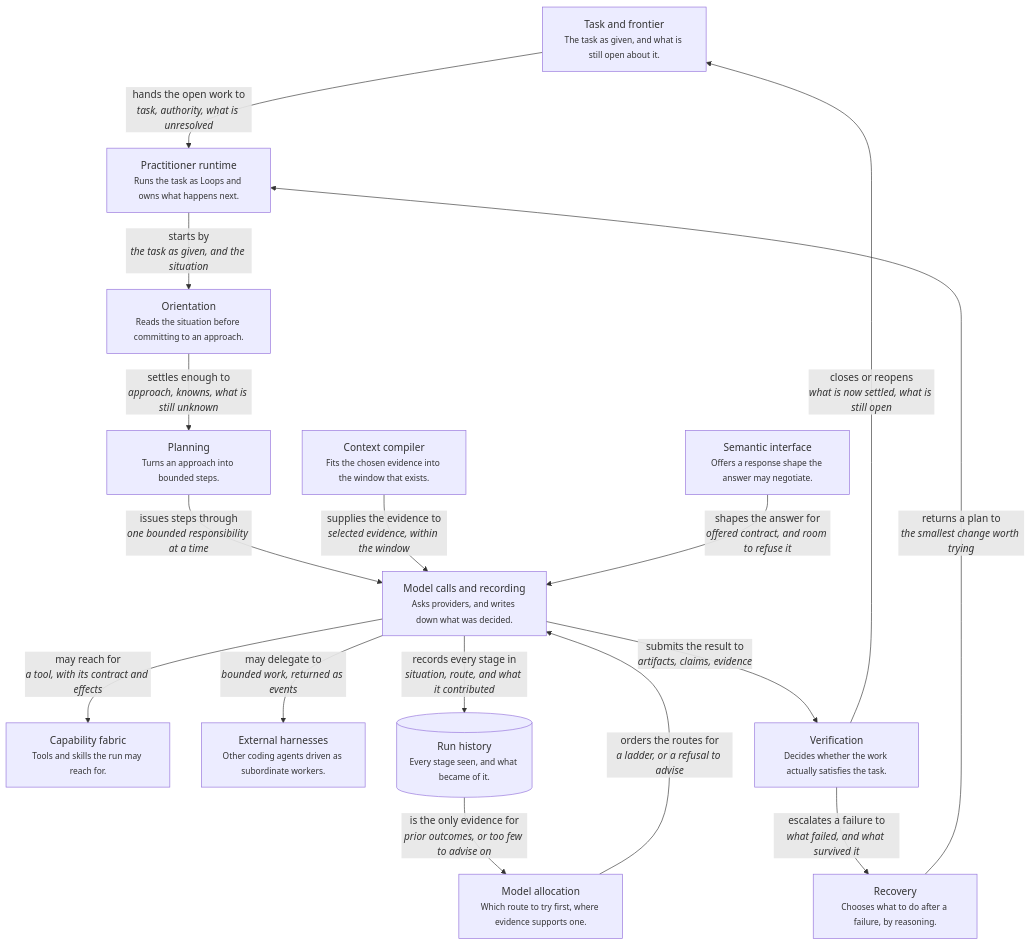
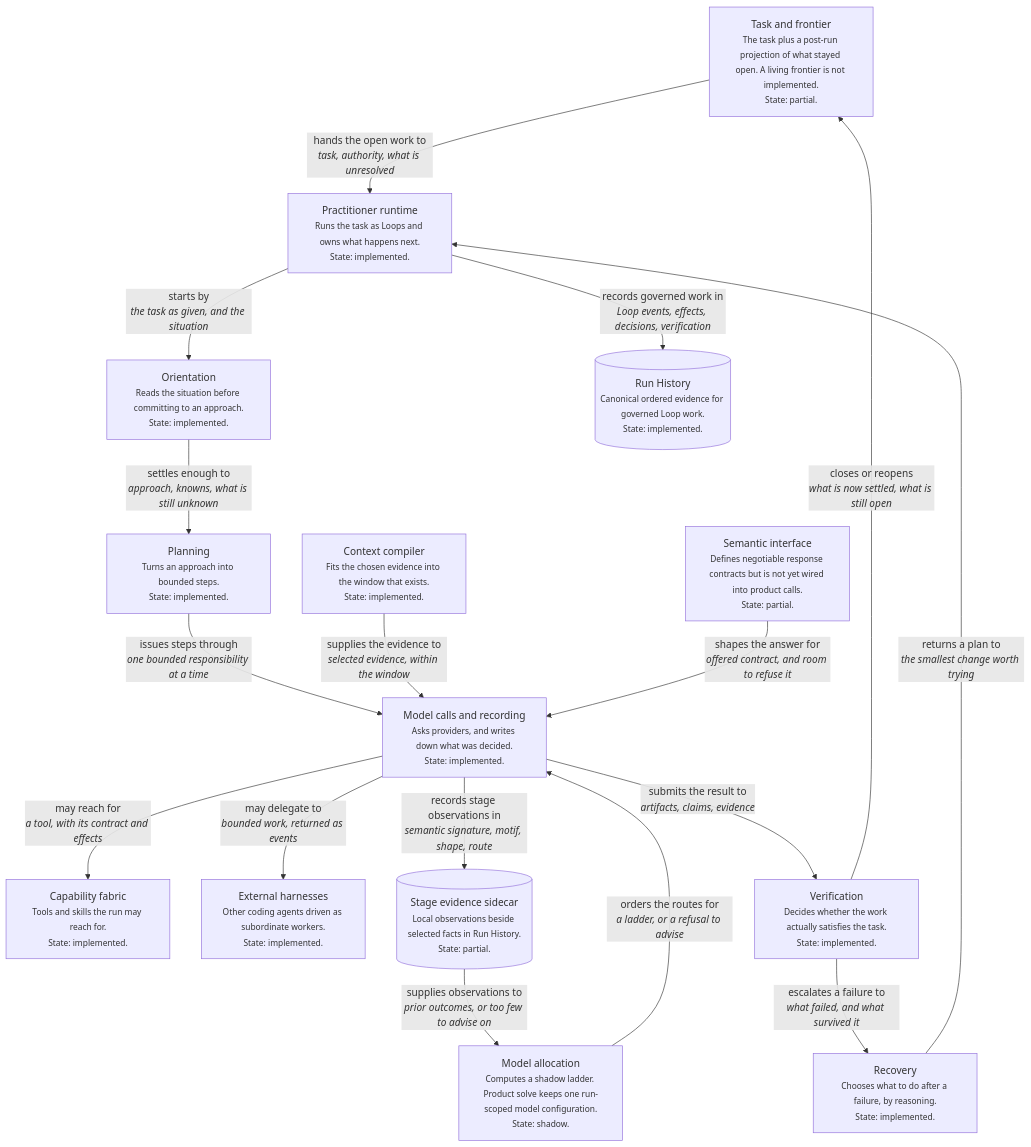
The second of 7 diagrams in docs/ARCHITECTURE-DIAGRAMS.md (alisonjieli-png/loop-engine), drawn with Mermaid before and after one commit. The commit also changed other lines of this file and 411 other files, not shown here.

````diff
--- a/docs/ARCHITECTURE-DIAGRAMS.md
+++ b/docs/ARCHITECTURE-DIAGRAMS.md
@@ -41,36 +104,38 @@
 ```mermaid
-%% What a task passes through — container level
+%% What a task passes through: container level
 %% Generated from the typed model; do not edit by hand.
 flowchart TD
-    frontier["Task and frontier<br/><small>The task as given, and what is still open about it.</small>"]
-    practitioner["Practitioner runtime<br/><small>Runs the task as Loops and owns what happens next.</small>"]
-    orientation["Orientation<br/><small>Reads the situation before committing to an approach.</small>"]
-    planning["Planning<br/><small>Turns an approach into bounded steps.</small>"]
-    context["Context compiler<br/><small>Fits the chosen evidence into the window that exists.</small>"]
-    interface["Semantic interface<br/><small>Offers a response shape the answer may negotiate.</small>"]
-    calls["Model calls and recording<br/><small>Asks providers, and writes down what was decided.</small>"]
-    allocation["Model allocation<br/><small>Which route to try first, where evidence supports one.</small>"]
-    capabilities["Capability fabric<br/><small>Tools and skills the run may reach for.</small>"]
-    harness["External harnesses<br/><small>Other coding agents driven as subordinate workers.</small>"]
-    verification["Verification<br/><small>Decides whether the work actually satisfies the task.</small>"]
-    recovery["Recovery<br/><small>Chooses what to do after a failure, by reasoning.</small>"]
-    history[("Run history<br/><small>Every stage seen, and what became of it.</small>")]
+    frontier["Task and frontier<br/><small>The task plus a post-run projection of what stayed open. A living frontier is not implemented.</small><br/><small>State: partial.</small>"]
+    practitioner["Practitioner runtime<br/><small>Runs the task as Loops and owns what happens next.</small><br/><small>State: implemented.</small>"]
+    orientation["Orientation<br/><small>Reads the situation before committing to an approach.</small><br/><small>State: implemented.</small>"]
+    planning["Planning<br/><small>Turns an approach into bounded steps.</small><br/><small>State: implemented.</small>"]
+    context["Context compiler<br/><small>Fits the chosen evidence into the window that exists.</small><br/><small>State: implemented.</small>"]
+    interface["Semantic interface<br/><small>Defines negotiable response contracts but is not yet wired into product calls.</small><br/><small>State: partial.</small>"]
+    calls["Model calls and recording<br/><small>Asks providers, and writes down what was decided.</small><br/><small>State: implemented.</small>"]
+    allocation["Model allocation<br/><small>Computes a shadow ladder. Product solve keeps one run-scoped model configuration.</small><br/><small>State: shadow.</small>"]
+    capabilities["Capability fabric<br/><small>Tools and skills the run may reach for.</small><br/><small>State: implemented.</small>"]
+    harness["External harnesses<br/><small>Other coding agents driven as subordinate workers.</small><br/><small>State: implemented.</small>"]
+    verification["Verification<br/><small>Decides whether the work actually satisfies the task.</small><br/><small>State: implemented.</small>"]
+    recovery["Recovery<br/><small>Chooses what to do after a failure, by reasoning.</small><br/><small>State: implemented.</small>"]
+    stage_evidence[("Stage evidence sidecar<br/><small>Local observations beside selected facts in Run History.</small><br/><small>State: partial.</small>")]
+    history[("Run History<br/><small>Canonical ordered evidence for governed Loop work.</small><br/><small>State: implemented.</small>")]
 
     frontier -->|"hands the open work to<br/><i>task, authority, what is unresolved</i>"| practitioner
     practitioner -->|"starts by<br/><i>the task as given, and the situation</i>"| orientation
     orientation -->|"settles enough to<br/><i>approach, knowns, what is still unknown</i>"| planning
     planning -->|"issues steps through<br/><i>one bounded responsibility at a time</i>"| calls
     context -->|"supplies the evidence to<br/><i>selected evidence, within the window</i>"| calls
     interface -->|"shapes the answer for<br/><i>offered contract, and room to refuse it</i>"| calls
     allocation -->|"orders the routes for<br/><i>a ladder, or a refusal to advise</i>"| calls
     calls -->|"may reach for<br/><i>a tool, with its contract and effects</i>"| capabilities
     calls -->|"may delegate to<br/><i>bounded work, returned as events</i>"| harness
     calls -->|"submits the result to<br/><i>artifacts, claims, evidence</i>"| verification
     verification -->|"escalates a failure to<br/><i>what failed, and what survived it</i>"| recovery
     recovery -->|"returns a plan to<br/><i>the smallest change worth trying</i>"| practitioner
-    calls -->|"records every stage in<br/><i>situation, route, and what it contributed</i>"| history
-    history -->|"is the only evidence for<br/><i>prior outcomes, or too few to advise on</i>"| allocation
+    calls -->|"records stage observations in<br/><i>semantic signature, motif, shape, route</i>"| stage_evidence
+    stage_evidence -->|"supplies observations to<br/><i>prior outcomes, or too few to advise on</i>"| allocation
+    practitioner -->|"records governed work in<br/><i>Loop events, effects, decisions, verification</i>"| history
     verification -->|"closes or reopens<br/><i>what is now settled, what is still open</i>"| frontier
 
-%% The middle level, between the setting and the components. Each box is a responsibility with a module behind it, not a plane this repository intends to build.
+%% The middle level between the setting and the components. The state label distinguishes working paths from partial and shadow contracts.
 ```
````
